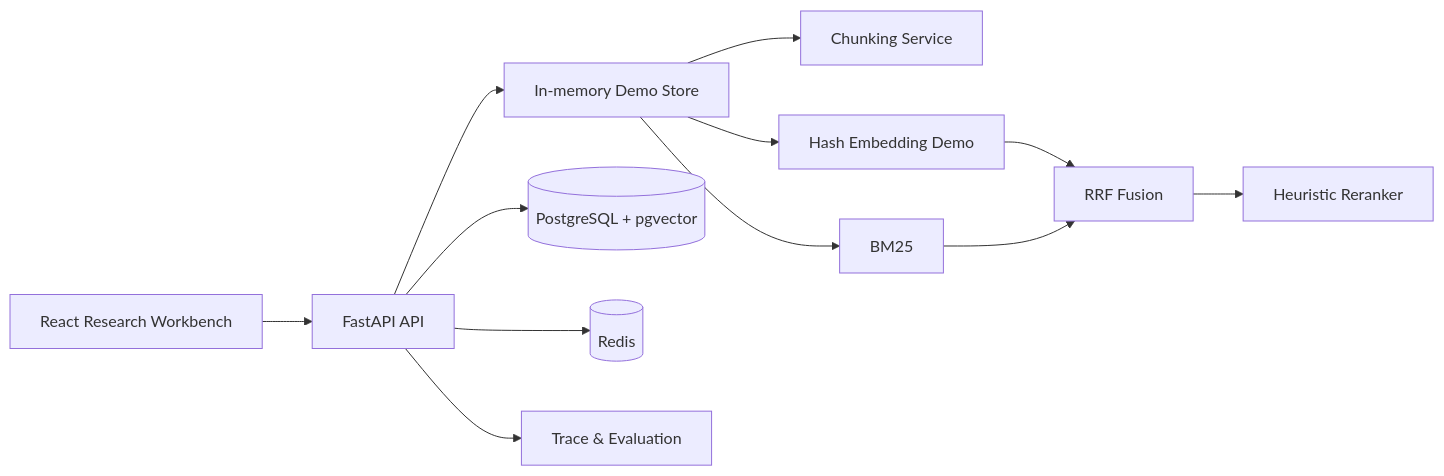
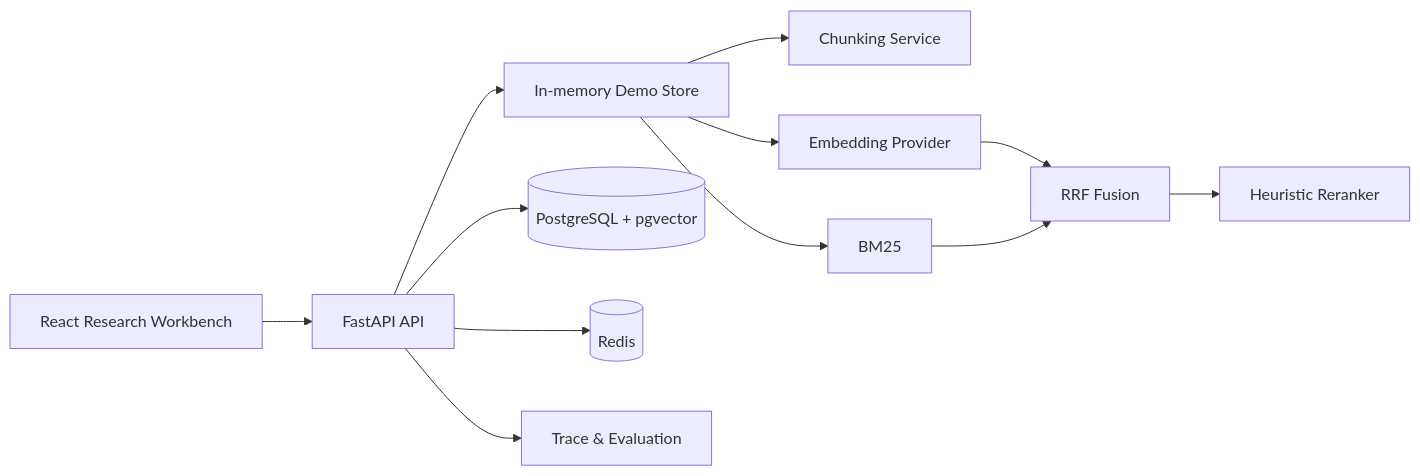
Before and after one commit to quanzhan-zzz/policy-rag-studio: the diagram in README.md, drawn with Mermaid. The commit also changed other lines of this file and 10 other files, not shown here.

Commit message:
feat(retrieval): 增加可配置 Embedding Provider

````diff
--- a/README.md
+++ b/README.md
@@ -73,14 +73,14 @@
 ```mermaid
 flowchart LR
     UI[React Research Workbench] --> API[FastAPI API]
     API --> MEM[In-memory Demo Store]
     API --> PG[(PostgreSQL + pgvector)]
     API --> R[(Redis)]
     API --> TRACE[Trace & Evaluation]
     MEM --> CHUNK[Chunking Service]
-    MEM --> DENSE[Hash Embedding Demo]
+    MEM --> DENSE[Embedding Provider]
     MEM --> BM25[BM25]
     DENSE --> RRF[RRF Fusion]
     BM25 --> RRF
     RRF --> RERANK[Heuristic Reranker]
 ```
````
